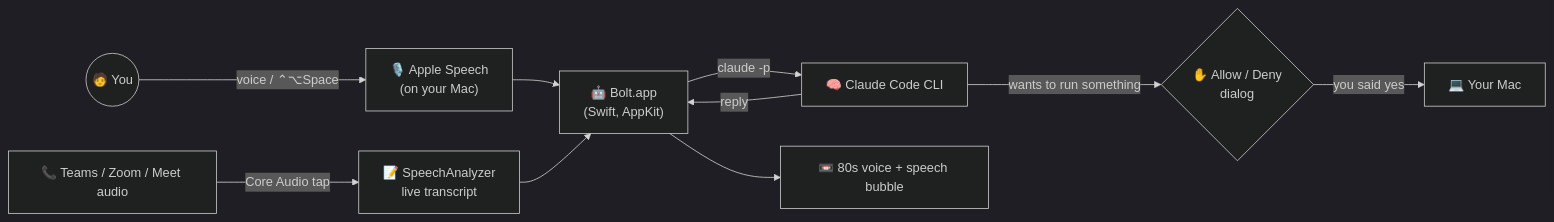
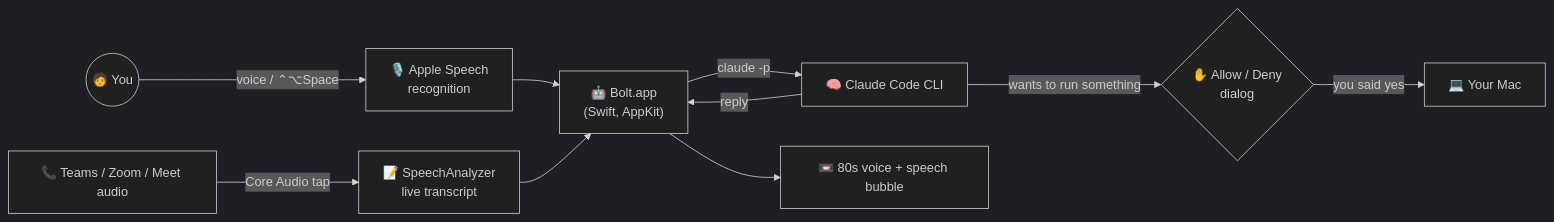
The diagram in README.md (c0ldskin/zolt-bot), drawn with Mermaid (dark theme) before and after one commit. The commit also changed other lines of this file and 2 other files, not shown here.

````diff
--- a/README.md
+++ b/README.md
@@ -87,12 +87,12 @@
 ```mermaid
 flowchart LR
-    You(("🧑 You")) -- "voice / ⌃⌥Space" --> Ears["🎙️ Apple Speech<br/>(on your Mac)"]
+    You(("🧑 You")) -- "voice / ⌃⌥Space" --> Ears["🎙️ Apple Speech<br/>recognition"]
     Ears --> Bolt["🤖 Bolt.app<br/>(Swift, AppKit)"]
     Bolt -- "claude -p" --> Brain["🧠 Claude Code CLI"]
     Brain -- "wants to run something" --> Hook{"✋ Allow / Deny<br/>dialog"}
     Hook -- "you said yes" --> Mac["💻 Your Mac"]
     Brain -- "reply" --> Bolt
     Bolt --> Voice["📼 80s voice + speech bubble"]
     Call["📞 Teams / Zoom / Meet audio"] -- "Core Audio tap" --> Notes["📝 SpeechAnalyzer<br/>live transcript"]
     Notes --> Bolt
 ```
````
